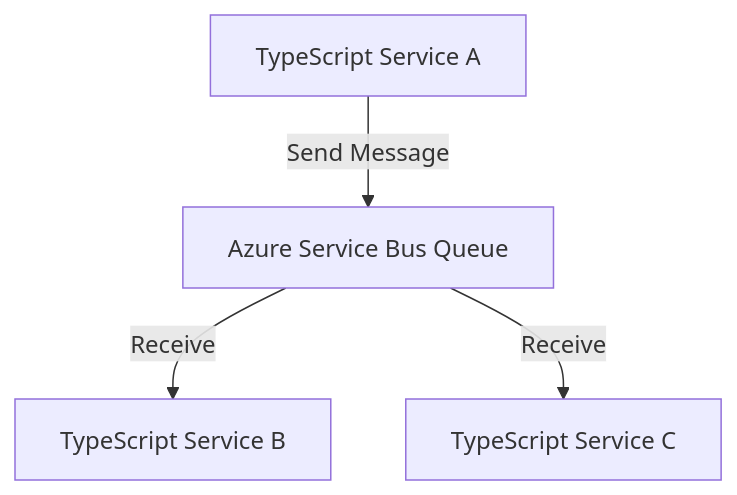
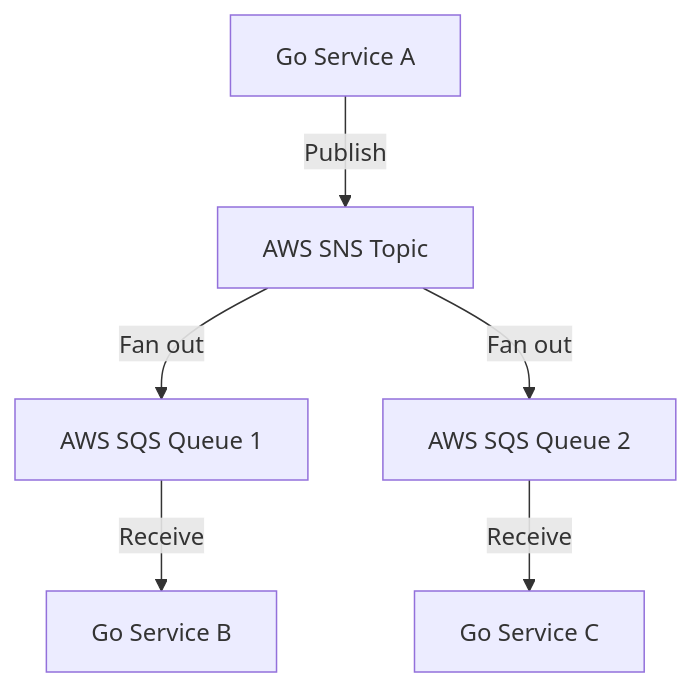
One commit to JustJordanT/typescript-azure-service-bus changed the diagram in README.md. Above: the diagram before and after it, drawn with Mermaid. The commit also changed other lines of this file, not shown here.

````diff
--- a/README.md
+++ b/README.md
@@ -3,6 +3,8 @@
 ```mermaid
-graph TD;
-    A[TypeScript Service A] -->|Send Message| B[Azure Service Bus Queue]
-    B -->|Receive| G[TypeScript Service B]
-    B -->|Receive| H[TypeScript Service C]
+graph TD
+        A2[Go Service A] -->|Publish| B2[AWS SNS Topic]
+        B2 -->|Fan out| C2[AWS SQS Queue 1]
+        B2 -->|Fan out| D2[AWS SQS Queue 2]
+        C2 -->|Receive| E2[Go Service B]
+        D2 -->|Receive| F2[Go Service C]
 ```
````
